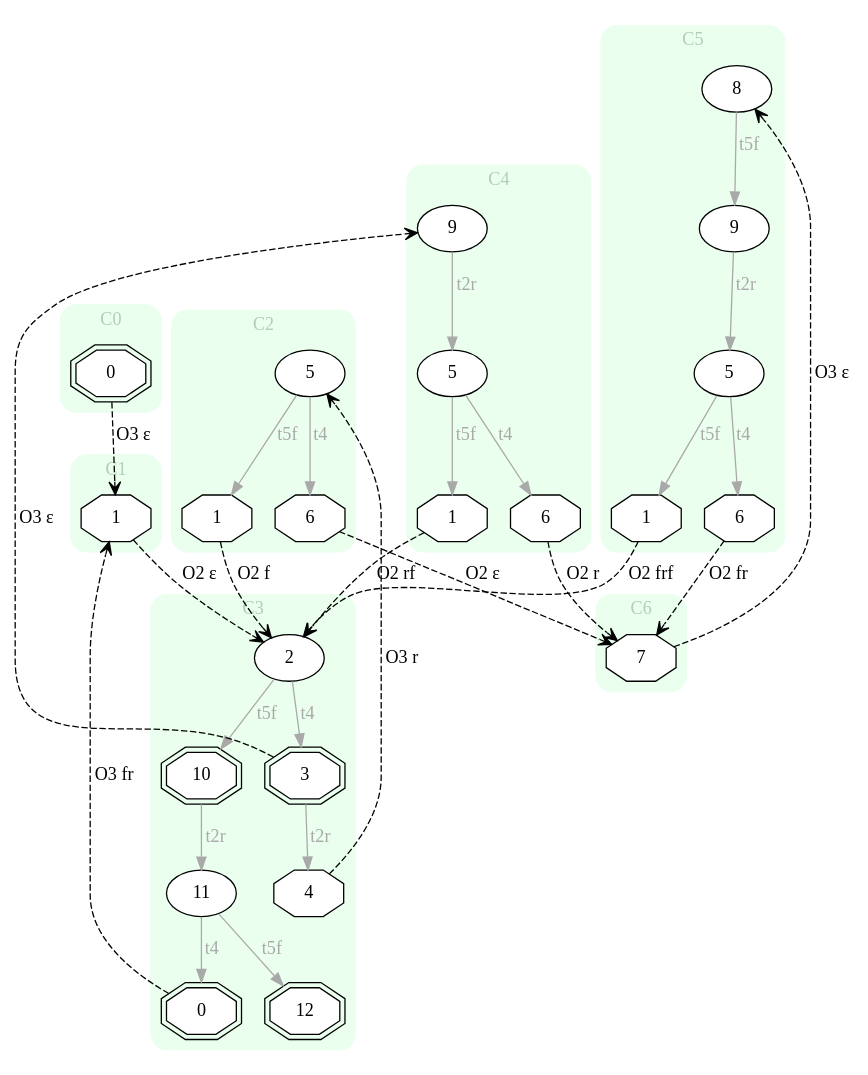
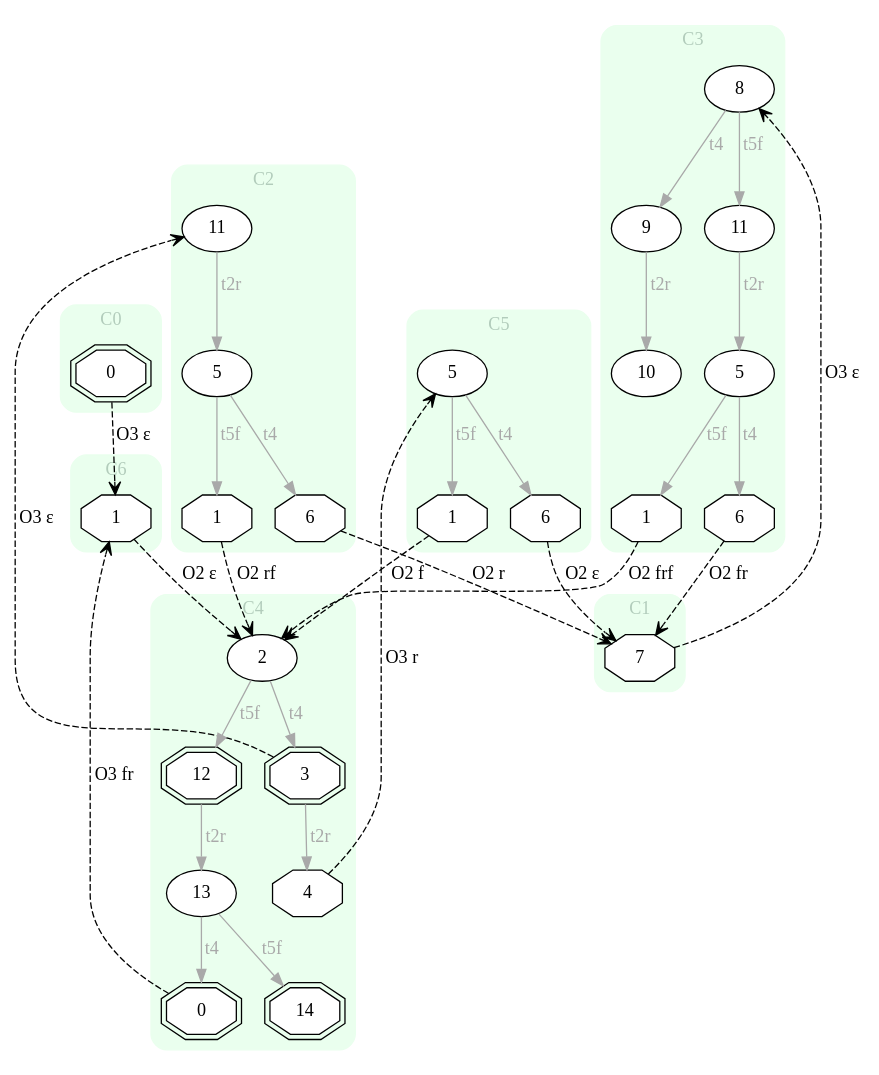
Before and after one commit to Stefano-BS/Explanatory-Diagnosis: the diagram in input/e_EXP.dot, drawn with Graphviz. The commit also changed 17 other files, not shown here.

```diff
--- a/input/e_EXP.dot
+++ b/input/e_EXP.dot
@@ -1,80 +1,84 @@
 digraph "EXPinput/e" {
 node [style=filled fillcolor=white]
 subgraph cluster0 {
 style="rounded,filled" label="C0" fontcolor="#B2CCBB" color="#EAFFEE"
 edge[color=darkgray fontcolor=darkgray]
 node [shape=doubleoctagon]; C0S0 [label=0];
 }
 subgraph cluster1 {
 style="rounded,filled" label="C1" fontcolor="#B2CCBB" color="#EAFFEE"
 edge[color=darkgray fontcolor=darkgray]
-node [shape=octagon]; C1S1 [label=1];
+node [shape=octagon]; C1S7 [label=7];
 }
 subgraph cluster2 {
 style="rounded,filled" label="C2" fontcolor="#B2CCBB" color="#EAFFEE"
 edge[color=darkgray fontcolor=darkgray]
+node [shape=octagon]; C2S1 [label=1];
+node [shape=oval]; C2S5 [label=5];
 node [shape=octagon]; C2S6 [label=6];
-node [shape=oval]; C2S5 [label=5];
-node [shape=octagon]; C2S1 [label=1];
+node [shape=oval]; C2S11 [label=11];
+C2S5 -> C2S1 [label=t5f]
 C2S5 -> C2S6 [label=t4]
-C2S5 -> C2S1 [label=t5f]
+C2S11 -> C2S5 [label=t2r]
 }
 subgraph cluster3 {
 style="rounded,filled" label="C3" fontcolor="#B2CCBB" color="#EAFFEE"
 edge[color=darkgray fontcolor=darkgray]
-node [shape=oval]; C3S2 [label=2];
-node [shape=doubleoctagon]; C3S12 [label=12];
-node [shape=doubleoctagon]; C3S0 [label=0];
+node [shape=oval]; C3S9 [label=9];
+node [shape=oval]; C3S8 [label=8];
 node [shape=oval]; C3S11 [label=11];
-node [shape=doubleoctagon]; C3S10 [label=10];
-node [shape=octagon]; C3S4 [label=4];
-node [shape=doubleoctagon]; C3S3 [label=3];
-C3S2 -> C3S3 [label=t4]
-C3S2 -> C3S10 [label=t5f]
-C3S11 -> C3S0 [label=t4]
-C3S11 -> C3S12 [label=t5f]
-C3S10 -> C3S11 [label=t2r]
-C3S3 -> C3S4 [label=t2r]
+node [shape=octagon]; C3S6 [label=6];
+node [shape=oval]; C3S10 [label=10];
+node [shape=octagon]; C3S1 [label=1];
+node [shape=oval]; C3S5 [label=5];
+C3S9 -> C3S10 [label=t2r]
+C3S8 -> C3S9 [label=t4]
+C3S8 -> C3S11 [label=t5f]
+C3S11 -> C3S5 [label=t2r]
+C3S5 -> C3S1 [label=t5f]
+C3S5 -> C3S6 [label=t4]
 }
 subgraph cluster4 {
 style="rounded,filled" label="C4" fontcolor="#B2CCBB" color="#EAFFEE"
 edge[color=darkgray fontcolor=darkgray]
-node [shape=oval]; C4S9 [label=9];
-node [shape=octagon]; C4S6 [label=6];
-node [shape=oval]; C4S5 [label=5];
-node [shape=octagon]; C4S1 [label=1];
-C4S9 -> C4S5 [label=t2r]
-C4S5 -> C4S6 [label=t4]
-C4S5 -> C4S1 [label=t5f]
+node [shape=doubleoctagon]; C4S3 [label=3];
+node [shape=oval]; C4S2 [label=2];
+node [shape=doubleoctagon]; C4S12 [label=12];
+node [shape=octagon]; C4S4 [label=4];
+node [shape=doubleoctagon]; C4S0 [label=0];
+node [shape=oval]; C4S13 [label=13];
+node [shape=doubleoctagon]; C4S14 [label=14];
+C4S3 -> C4S4 [label=t2r]
+C4S2 -> C4S3 [label=t4]
+C4S2 -> C4S12 [label=t5f]
+C4S12 -> C4S13 [label=t2r]
+C4S13 -> C4S0 [label=t4]
+C4S13 -> C4S14 [label=t5f]
 }
 subgraph cluster5 {
 style="rounded,filled" label="C5" fontcolor="#B2CCBB" color="#EAFFEE"
 edge[color=darkgray fontcolor=darkgray]
-node [shape=oval]; C5S8 [label=8];
 node [shape=octagon]; C5S1 [label=1];
+node [shape=oval]; C5S5 [label=5];
 node [shape=octagon]; C5S6 [label=6];
-node [shape=oval]; C5S5 [label=5];
-node [shape=oval]; C5S9 [label=9];
-C5S8 -> C5S9 [label=t5f]
+C5S5 -> C5S1 [label=t5f]
 C5S5 -> C5S6 [label=t4]
-C5S5 -> C5S1 [label=t5f]
-C5S9 -> C5S5 [label=t2r]
 }
 subgraph cluster6 {
 style="rounded,filled" label="C6" fontcolor="#B2CCBB" color="#EAFFEE"
 edge[color=darkgray fontcolor=darkgray]
-node [shape=octagon]; C6S7 [label=7];
+node [shape=octagon]; C6S1 [label=1];
 }
-C0S0 -> C1S1 [style=dashed arrowhead=vee label="O3 ε"]
-C1S1 -> C3S2 [style=dashed arrowhead=vee label="O2 ε"]
-C2S1 -> C3S2 [style=dashed arrowhead=vee label="O2 f"]
-C2S6 -> C6S7 [style=dashed arrowhead=vee label="O2 ε"]
-C3S0 -> C1S1 [style=dashed arrowhead=vee label="O3 fr"]
-C3S3 -> C4S9 [style=dashed arrowhead=vee label="O3 ε"]
-C3S4 -> C2S5 [style=dashed arrowhead=vee label="O3 r"]
-C4S1 -> C3S2 [style=dashed arrowhead=vee label="O2 rf"]
-C4S6 -> C6S7 [style=dashed arrowhead=vee label="O2 r"]
-C5S1 -> C3S2 [style=dashed arrowhead=vee label="O2 frf"]
-C5S6 -> C6S7 [style=dashed arrowhead=vee label="O2 fr"]
-C6S7 -> C5S8 [style=dashed arrowhead=vee label="O3 ε"]
+C0S0 -> C6S1 [style=dashed arrowhead=vee label="O3 ε"]
+C1S7 -> C3S8 [style=dashed arrowhead=vee label="O3 ε"]
+C2S1 -> C4S2 [style=dashed arrowhead=vee label="O2 rf"]
+C2S6 -> C1S7 [style=dashed arrowhead=vee label="O2 r"]
+C3S1 -> C4S2 [style=dashed arrowhead=vee label="O2 frf"]
+C3S6 -> C1S7 [style=dashed arrowhead=vee label="O2 fr"]
+C4S0 -> C6S1 [style=dashed arrowhead=vee label="O3 fr"]
+C4S3 -> C2S11 [style=dashed arrowhead=vee label="O3 ε"]
+C4S4 -> C5S5 [style=dashed arrowhead=vee label="O3 r"]
+C5S1 -> C4S2 [style=dashed arrowhead=vee label="O2 f"]
+C5S6 -> C1S7 [style=dashed arrowhead=vee label="O2 ε"]
+C6S1 -> C4S2 [style=dashed arrowhead=vee label="O2 ε"]
 }
```
